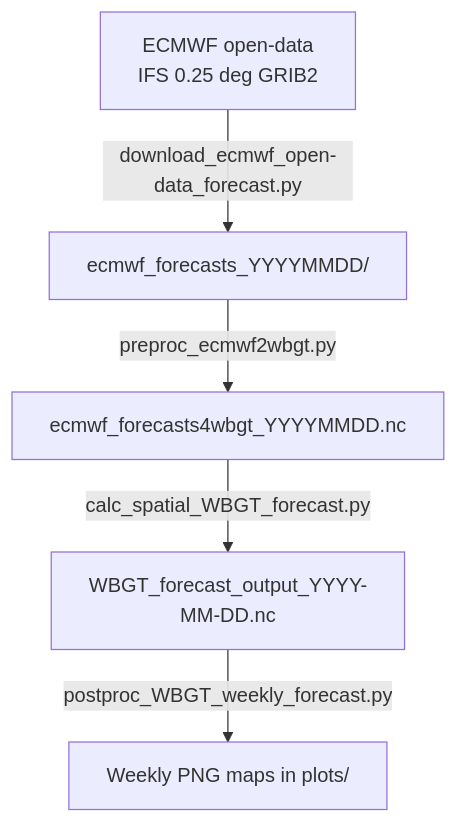
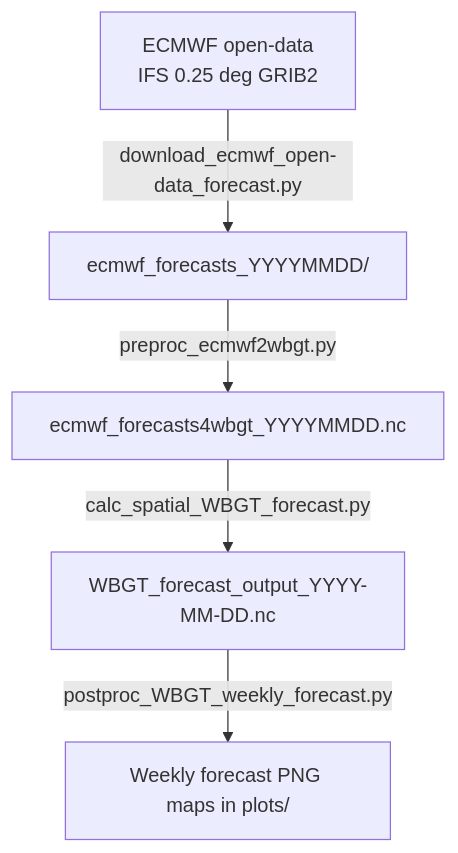
One commit to tamiratB/heat-stress-forecast-tool changed the diagram in README.md. Above: the diagram before and after it, drawn with Mermaid. The commit also changed other lines of this file, not shown here.

````diff
--- a/README.md
+++ b/README.md
@@ -37,7 +37,7 @@
 ```mermaid
 flowchart TD
     A[ECMWF open-data<br/>IFS 0.25 deg GRIB2] -->|download_ecmwf_open-data_forecast.py| B[ecmwf_forecasts_YYYYMMDD/]
     B -->|preproc_ecmwf2wbgt.py| C[ecmwf_forecasts4wbgt_YYYYMMDD.nc]
     C -->|calc_spatial_WBGT_forecast.py| D[WBGT_forecast_output_YYYY-MM-DD.nc]
-    D -->|postproc_WBGT_weekly_forecast.py| E[Weekly PNG maps in plots/]
+    D -->|postproc_WBGT_weekly_forecast.py| E[Weekly forecast PNG maps in plots/]
 ```
````
